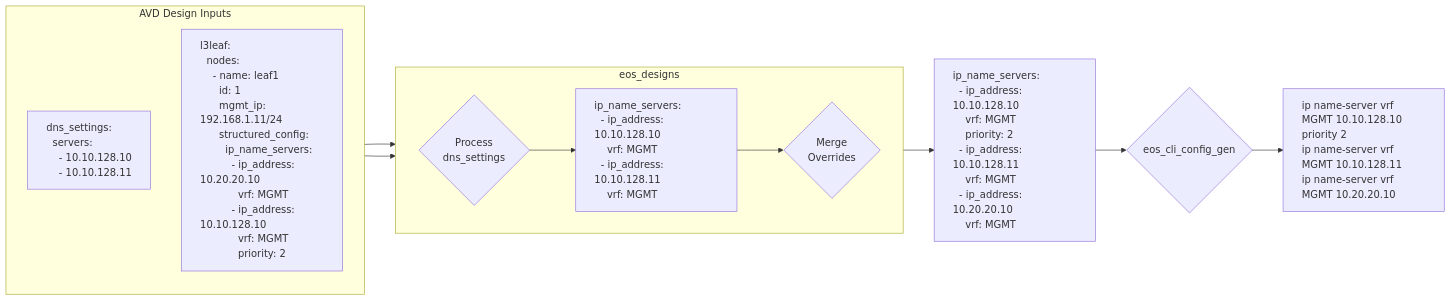
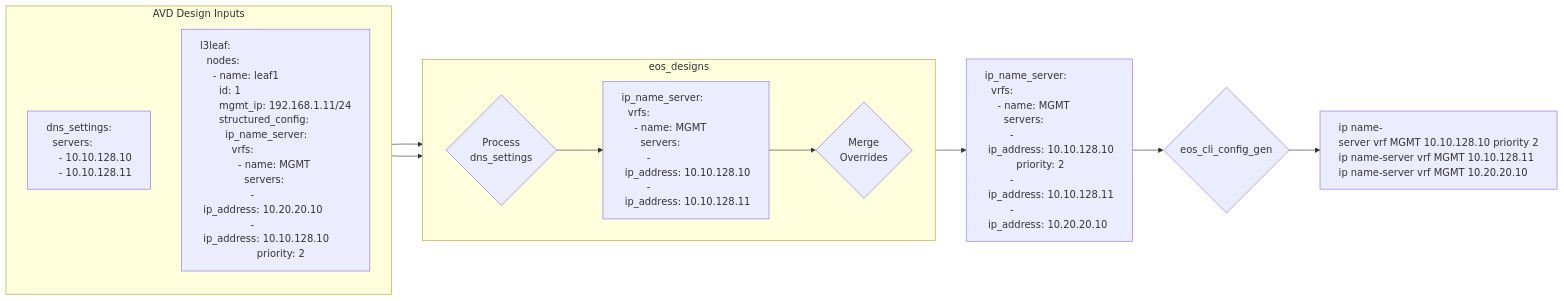
The sixth of 8 diagrams in docs/getting-started/ansible-usage-patterns.md (aristanetworks/avd), drawn with Mermaid before and after one commit. The commit also changed other lines of this file, not shown here.

````diff
--- a/docs/getting-started/ansible-usage-patterns.md
+++ b/docs/getting-started/ansible-usage-patterns.md
@@ -201,26 +204,26 @@
 ```mermaid
 graph LR
     A1 --> B1
     A2 --> B4
-    B4 --> C["ip_name_servers:<br/>&nbsp;&nbsp;- ip_address: 10.10.128.10<br/>&nbsp;&nbsp;&nbsp;&nbsp;vrf: MGMT<br/>&nbsp;&nbsp;&nbsp;&nbsp;priority: 2<br/>&nbsp;&nbsp;- ip_address: 10.10.128.11<br/>&nbsp;&nbsp;&nbsp;&nbsp;vrf: MGMT<br/>&nbsp;&nbsp;- ip_address: 10.20.20.10<br/>&nbsp;&nbsp;&nbsp;&nbsp;vrf: MGMT"]
+    B4 --> C["ip_name_server:<br/>&nbsp;&nbsp;vrfs:<br/>&nbsp;&nbsp;&nbsp;&nbsp;-&nbsp;name:&nbsp;MGMT<br/>&nbsp;&nbsp;&nbsp;&nbsp;&nbsp;&nbsp;servers:<br/>&nbsp;&nbsp;&nbsp;&nbsp;&nbsp;&nbsp;&nbsp;&nbsp;-&nbsp;ip_address:&nbsp;10.10.128.10<br/>&nbsp;&nbsp;&nbsp;&nbsp;&nbsp;&nbsp;&nbsp;&nbsp;&nbsp;&nbsp;priority:&nbsp;2<br/>&nbsp;&nbsp;&nbsp;&nbsp;&nbsp;&nbsp;&nbsp;&nbsp;-&nbsp;ip_address:&nbsp;10.10.128.11<br/>&nbsp;&nbsp;&nbsp;&nbsp;&nbsp;&nbsp;&nbsp;&nbsp;-&nbsp;ip_address:&nbsp;10.20.20.10"]
     C --> D{eos_cli_config_gen}
-    D --> E["ip name-server vrf MGMT 10.10.128.10 priority 2<br/>ip name-server vrf MGMT 10.10.128.11<br/>ip name-server vrf MGMT 10.20.20.10"]
+    D --> E["ip&nbsp;name-server&nbsp;vrf&nbsp;MGMT&nbsp;10.10.128.10&nbsp;priority&nbsp;2<br/>ip&nbsp;name-server&nbsp;vrf&nbsp;MGMT&nbsp;10.10.128.11<br/>ip&nbsp;name-server&nbsp;vrf&nbsp;MGMT&nbsp;10.20.20.10"]
 
     subgraph A[AVD Design Inputs]
         direction TB
-        A1["dns_settings:<br/>&nbsp;&nbsp;servers:<br/>&nbsp;&nbsp;&nbsp;&nbsp;- 10.10.128.10<br/>&nbsp;&nbsp;&nbsp;&nbsp;- 10.10.128.11"]
-        A2["l3leaf:<br/>&nbsp;&nbsp;nodes:<br/>&nbsp;&nbsp;&nbsp;&nbsp;- name: leaf1<br/>&nbsp;&nbsp;&nbsp;&nbsp;&nbsp;&nbsp;id: 1<br/>&nbsp;&nbsp;&nbsp;&nbsp;&nbsp;&nbsp;mgmt_ip: 192.168.1.11/24<br/>&nbsp;&nbsp;&nbsp;&nbsp;&nbsp;&nbsp;structured_config:<br/>&nbsp;&nbsp;&nbsp;&nbsp;&nbsp;&nbsp;&nbsp;&nbsp;ip_name_servers:<br/>&nbsp;&nbsp;&nbsp;&nbsp;&nbsp;&nbsp;&nbsp;&nbsp;&nbsp;&nbsp;- ip_address: 10.20.20.10<br/>&nbsp;&nbsp;&nbsp;&nbsp;&nbsp;&nbsp;&nbsp;&nbsp;&nbsp;&nbsp;&nbsp;&nbsp;vrf: MGMT<br/>&nbsp;&nbsp;&nbsp;&nbsp;&nbsp;&nbsp;&nbsp;&nbsp;&nbsp;&nbsp;- ip_address: 10.10.128.10<br/>&nbsp;&nbsp;&nbsp;&nbsp;&nbsp;&nbsp;&nbsp;&nbsp;&nbsp;&nbsp;&nbsp;&nbsp;vrf: MGMT<br/>&nbsp;&nbsp;&nbsp;&nbsp;&nbsp;&nbsp;&nbsp;&nbsp;&nbsp;&nbsp;&nbsp;&nbsp;priority: 2"]
+        A1["dns_settings:<br/>&nbsp;&nbsp;servers:<br/>&nbsp;&nbsp;&nbsp;&nbsp;-&nbsp;10.10.128.10<br/>&nbsp;&nbsp;&nbsp;&nbsp;-&nbsp;10.10.128.11"]
+        A2["l3leaf:<br/>&nbsp;&nbsp;nodes:<br/>&nbsp;&nbsp;&nbsp;&nbsp;-&nbsp;name:&nbsp;leaf1<br/>&nbsp;&nbsp;&nbsp;&nbsp;&nbsp;&nbsp;id:&nbsp;1<br/>&nbsp;&nbsp;&nbsp;&nbsp;&nbsp;&nbsp;mgmt_ip:&nbsp;192.168.1.11/24<br/>&nbsp;&nbsp;&nbsp;&nbsp;&nbsp;&nbsp;structured_config:<br/>&nbsp;&nbsp;&nbsp;&nbsp;&nbsp;&nbsp;&nbsp;&nbsp;ip_name_server:<br/>&nbsp;&nbsp;&nbsp;&nbsp;&nbsp;&nbsp;&nbsp;&nbsp;&nbsp;&nbsp;vrfs:<br/>&nbsp;&nbsp;&nbsp;&nbsp;&nbsp;&nbsp;&nbsp;&nbsp;&nbsp;&nbsp;&nbsp;&nbsp;-&nbsp;name:&nbsp;MGMT<br/>&nbsp;&nbsp;&nbsp;&nbsp;&nbsp;&nbsp;&nbsp;&nbsp;&nbsp;&nbsp;&nbsp;&nbsp;&nbsp;&nbsp;servers:<br/>&nbsp;&nbsp;&nbsp;&nbsp;&nbsp;&nbsp;&nbsp;&nbsp;&nbsp;&nbsp;&nbsp;&nbsp;&nbsp;&nbsp;&nbsp;&nbsp;-&nbsp;ip_address:&nbsp;10.20.20.10<br/>&nbsp;&nbsp;&nbsp;&nbsp;&nbsp;&nbsp;&nbsp;&nbsp;&nbsp;&nbsp;&nbsp;&nbsp;&nbsp;&nbsp;&nbsp;&nbsp;-&nbsp;ip_address:&nbsp;10.10.128.10<br/>&nbsp;&nbsp;&nbsp;&nbsp;&nbsp;&nbsp;&nbsp;&nbsp;&nbsp;&nbsp;&nbsp;&nbsp;&nbsp;&nbsp;&nbsp;&nbsp;&nbsp;&nbsp;priority:&nbsp;2"]
     end
 
     subgraph B[eos_designs]
         direction LR
-        B1{Process<br/>dns_settings} --> B2["ip_name_servers:<br/>&nbsp;&nbsp;- ip_address: 10.10.128.10<br/>&nbsp;&nbsp;&nbsp;&nbsp;vrf: MGMT<br/>&nbsp;&nbsp;- ip_address: 10.10.128.11<br/>&nbsp;&nbsp;&nbsp;&nbsp;vrf: MGMT"]
+        B1{Process<br/>dns_settings} --> B2["ip_name_server:<br/>&nbsp;&nbsp;vrfs:<br/>&nbsp;&nbsp;&nbsp;&nbsp;-&nbsp;name:&nbsp;MGMT<br/>&nbsp;&nbsp;&nbsp;&nbsp;&nbsp;&nbsp;servers:<br/>&nbsp;&nbsp;&nbsp;&nbsp;&nbsp;&nbsp;&nbsp;&nbsp;-&nbsp;ip_address:&nbsp;10.10.128.10<br/>&nbsp;&nbsp;&nbsp;&nbsp;&nbsp;&nbsp;&nbsp;&nbsp;-&nbsp;ip_address:&nbsp;10.10.128.11"]
         B2 --> B4{Merge<br/>Overrides}
     end
 
     style A1 text-align:left
     style A2 text-align:left
     style B2 text-align:left
     style C text-align:left
     style E text-align:left
 ```
````
